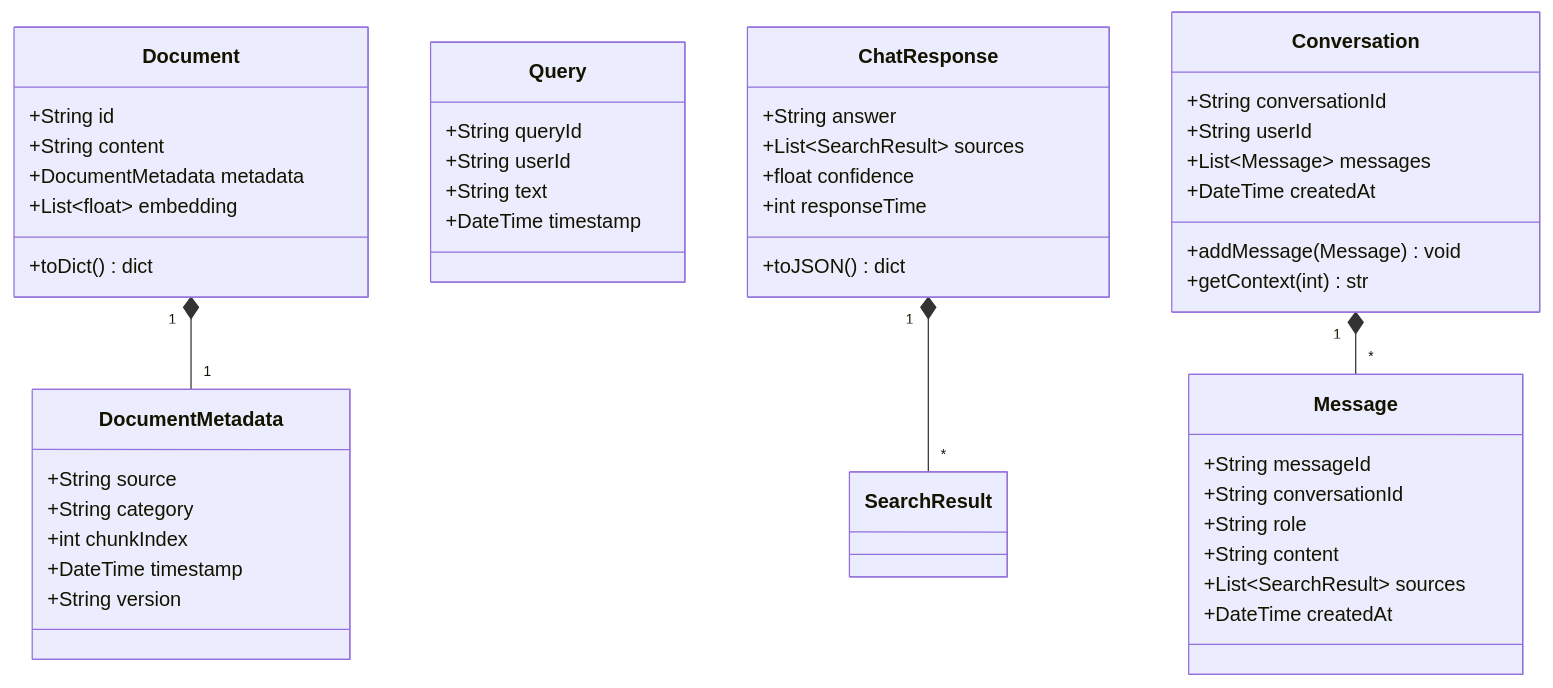
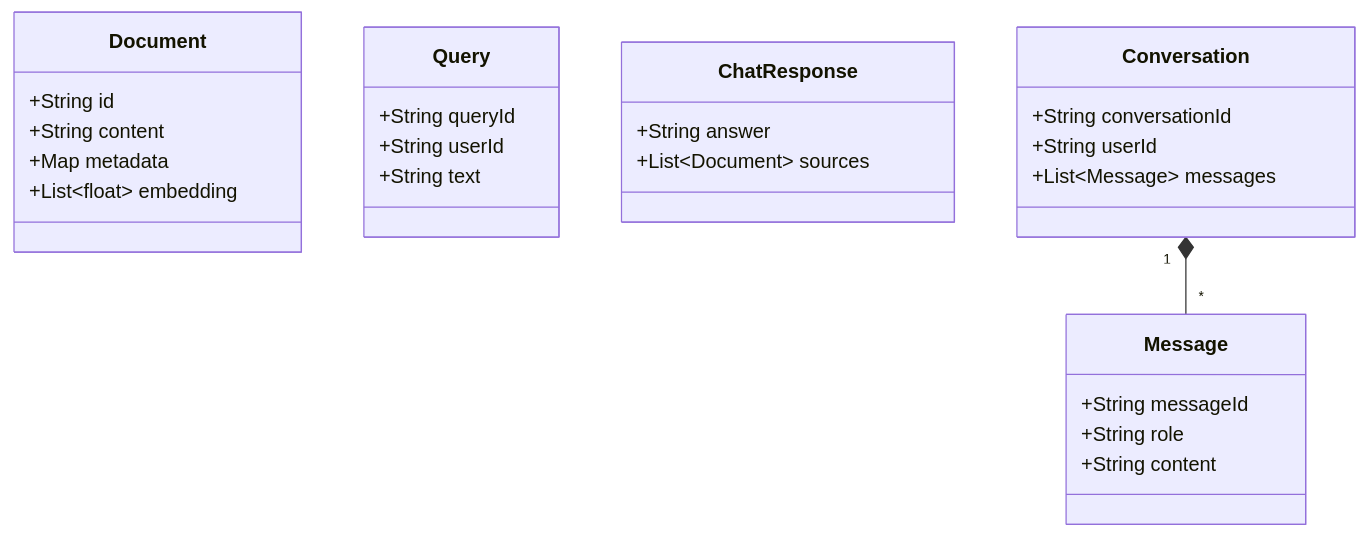
One commit to tvanle/Module2-HTTM changed the first of 13 diagrams in README.md. Above: the diagram before and after it, drawn with Mermaid. The commit also changed other lines of this file, not shown here.

````diff
--- a/README.md
+++ b/README.md
@@ -93,55 +86,34 @@
 ```mermaid
 classDiagram
     class Document {
         +String id
         +String content
-        +DocumentMetadata metadata
+        +Map metadata
         +List~float~ embedding
-        +toDict() dict
-    }
-
-    class DocumentMetadata {
-        +String source
-        +String category
-        +int chunkIndex
-        +DateTime timestamp
-        +String version
     }
 
     class Query {
         +String queryId
         +String userId
         +String text
-        +DateTime timestamp
     }
 
     class ChatResponse {
         +String answer
-        +List~SearchResult~ sources
-        +float confidence
-        +int responseTime
-        +toJSON() dict
+        +List~Document~ sources
     }
 
     class Conversation {
         +String conversationId
         +String userId
         +List~Message~ messages
-        +DateTime createdAt
-        +addMessage(Message) void
-        +getContext(int) str
     }
 
     class Message {
         +String messageId
-        +String conversationId
         +String role
         +String content
-        +List~SearchResult~ sources
-        +DateTime createdAt
     }
 
-    Document "1" *-- "1" DocumentMetadata
-    ChatResponse "1" *-- "*" SearchResult
     Conversation "1" *-- "*" Message
 ```
````
